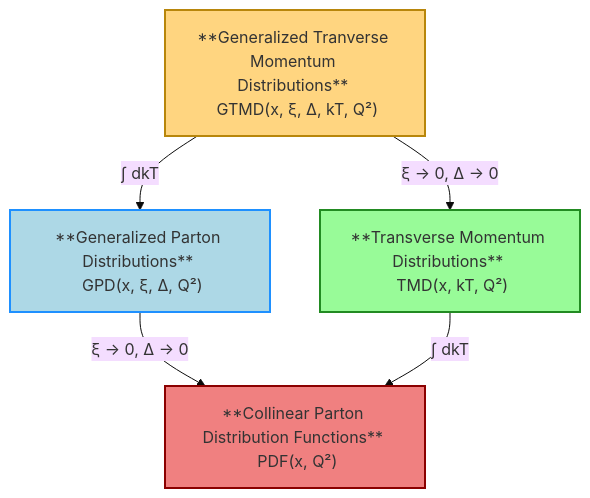
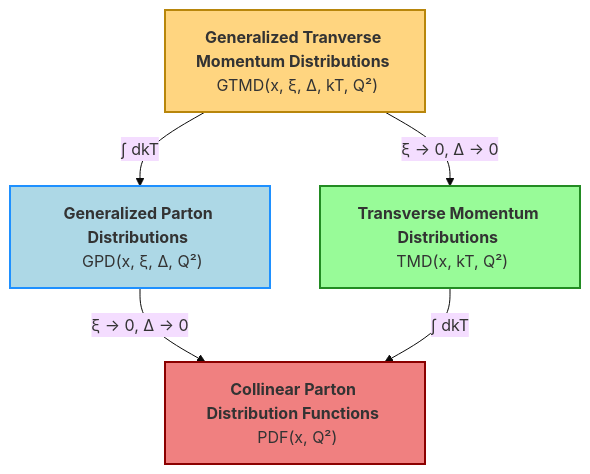
The diagram in README.md (QCDLab/neopdf), drawn with Mermaid (base theme) before and after one commit.

Commit message:
Update Mermaid diagram

````diff
--- a/README.md
+++ b/README.md
@@ -69,16 +69,16 @@
 ```mermaid
 graph TD
 
-A["**Generalized Tranverse Momentum Distributions** <br> GTMD(x, ξ, Δ, kT​​, Q²)"]
+A["<b>Generalized Tranverse Momentum Distributions</b> <br> GTMD(x, ξ, Δ, kT​​, Q²)"]
 
-A -->|∫ dkT| B["**Generalized Parton Distributions** <br> GPD(x, ξ, Δ, Q²)"]
-A -->|ξ → 0, Δ → 0| C["**Transverse Momentum Distributions** <br> TMD(x, kT, Q²)"]
+A -->|∫ dkT| B["<b>Generalized Parton Distributions</b> <br> GPD(x, ξ, Δ, Q²)"]
+A -->|ξ → 0, Δ → 0| C["<b>Transverse Momentum Distributions</b> <br> TMD(x, kT, Q²)"]
 
-B -->|ξ → 0, Δ → 0| D["**Collinear Parton Distribution Functions** <br> PDF(x, Q²)"]
+B -->|ξ → 0, Δ → 0| D["<b>Collinear Parton Distribution Functions</b> <br> PDF(x, Q²)"]
 C -->|∫ dkT| D
 
 style A fill:#ffd580,stroke:#b8860b,stroke-width:2px
 style B fill:#add8e6,stroke:#1e90ff,stroke-width:2px
 style C fill:#98fb98,stroke:#228b22,stroke-width:2px
 style D fill:#f08080,stroke:#8b0000,stroke-width:2px
 ```
````
